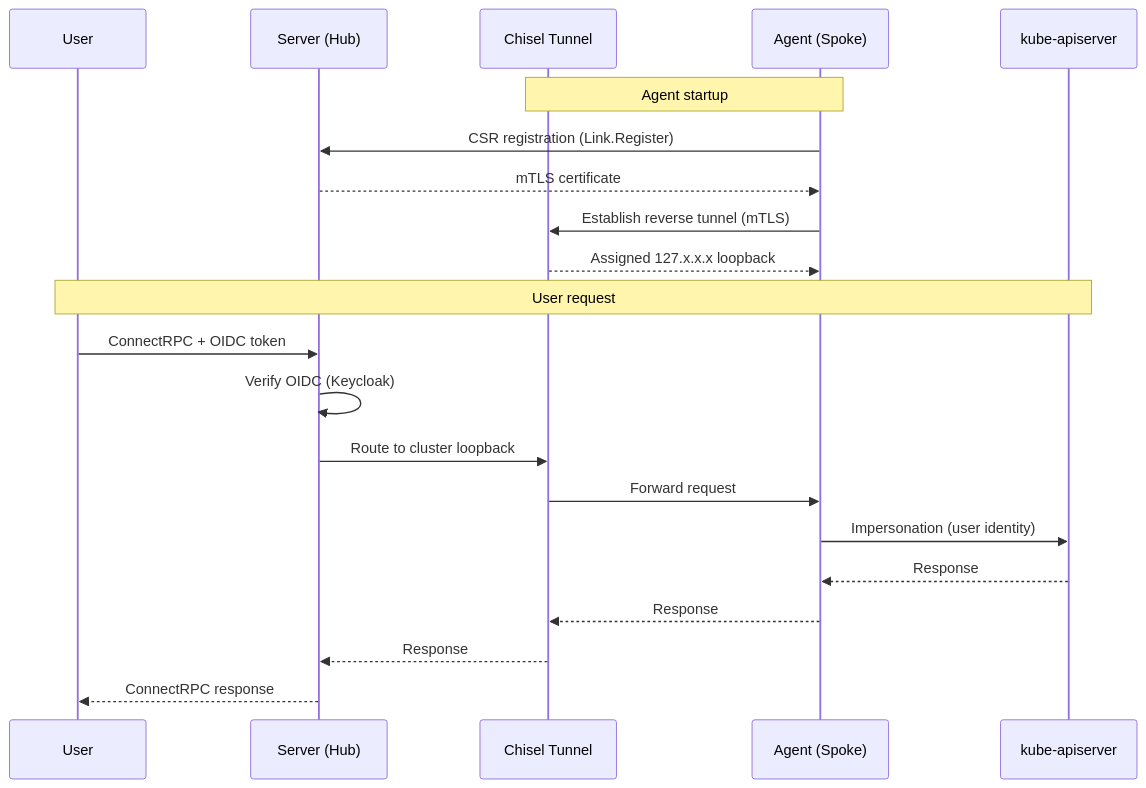
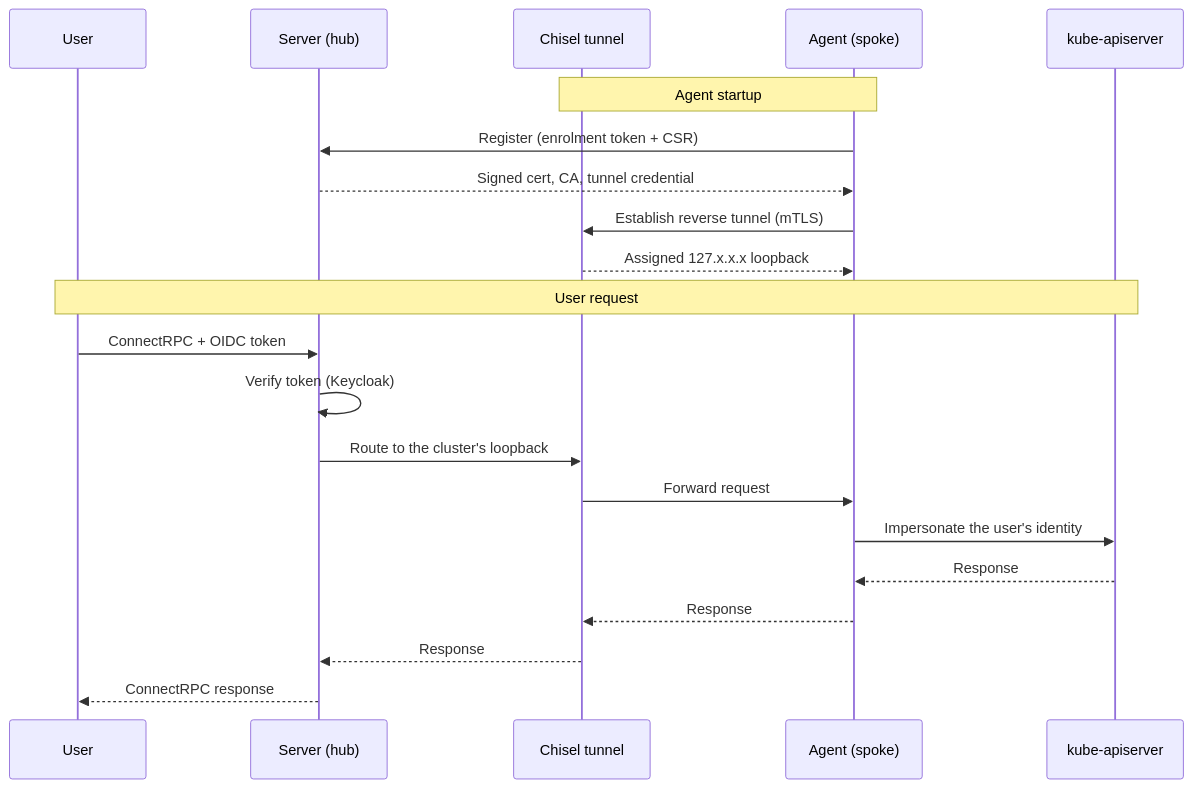
The second of 2 diagrams in README.md (otterscale/otterscale), drawn with Mermaid before and after one commit. The commit also changed other lines of this file, not shown here.

````diff
--- a/README.md
+++ b/README.md
@@ -18,25 +53,25 @@
 ```mermaid
-  sequenceDiagram
+sequenceDiagram
     participant User
-    participant Server as Server (Hub)
-    participant Tunnel as Chisel Tunnel
-    participant Agent as Agent (Spoke)
+    participant Server as Server (hub)
+    participant Tunnel as Chisel tunnel
+    participant Agent as Agent (spoke)
     participant K8s as kube-apiserver
 
     Note over Agent, Tunnel: Agent startup
-    Agent->>Server: CSR registration (Link.Register)
-    Server-->>Agent: mTLS certificate
+    Agent->>Server: Register (enrolment token + CSR)
+    Server-->>Agent: Signed cert, CA, tunnel credential
     Agent->>Tunnel: Establish reverse tunnel (mTLS)
     Tunnel-->>Agent: Assigned 127.x.x.x loopback
 
     Note over User, K8s: User request
     User->>Server: ConnectRPC + OIDC token
-    Server->>Server: Verify OIDC (Keycloak)
-    Server->>Tunnel: Route to cluster loopback
+    Server->>Server: Verify token (Keycloak)
+    Server->>Tunnel: Route to the cluster's loopback
     Tunnel->>Agent: Forward request
-    Agent->>K8s: Impersonation (user identity)
+    Agent->>K8s: Impersonate the user's identity
     K8s-->>Agent: Response
     Agent-->>Tunnel: Response
     Tunnel-->>Server: Response
     Server-->>User: ConnectRPC response
 ```
````
